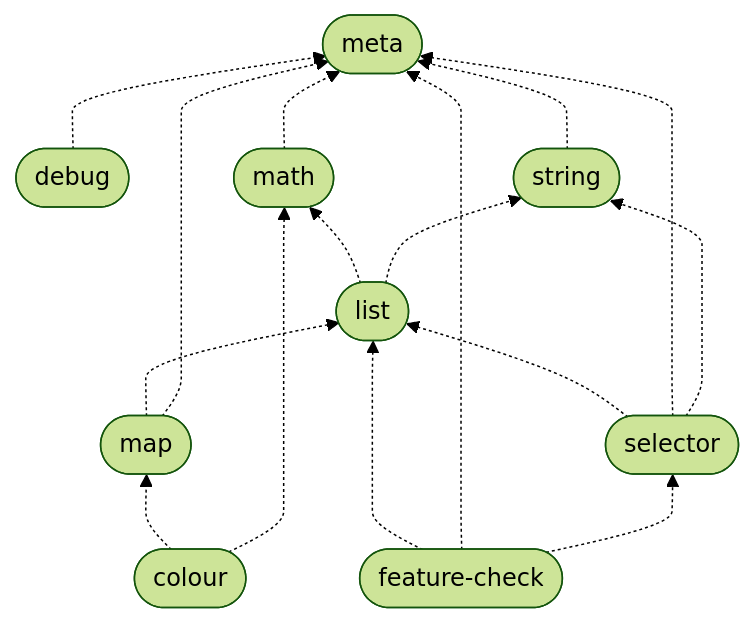
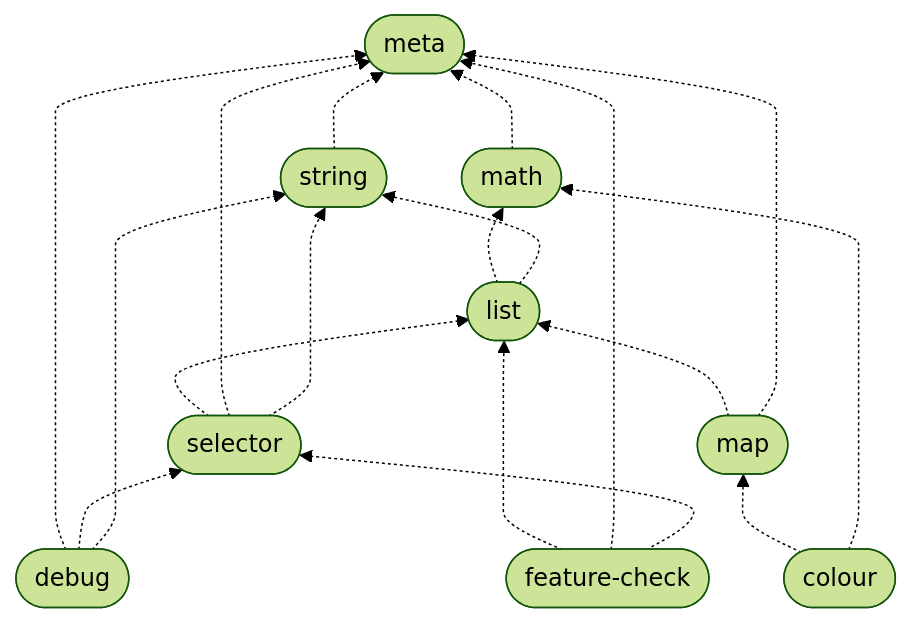
The diagram in dist/scss/modules/dependencies.mmd (maddimathon/utility-sass), drawn with Mermaid (forest theme) before and after one commit. The commit also changed 135 other files, not shown here.

```diff
--- a/dist/scss/modules/dependencies.mmd
+++ b/dist/scss/modules/dependencies.mmd
@@ -1,25 +1,25 @@
 ---
 config:
   flowchart:
     curve: monotoneY
 ---
 flowchart BT
 	Colour([colour])
 	Debug([debug])
 	FeatureCheck([feature-check])
 	List([list])
 	Map([map])
 	Math([math])
 	Meta([meta])
 	Selector([selector])
 	String([string])
 
     %% from dependents to their dependencies
-    Debug -.-> Meta
     String -.-> Meta
     Math -.-> Meta
     List -.-> Math & String
     Map -.-> List & Meta
     Colour -.-> Map & Math
     Selector -.-> List & Meta & String
+    Debug -.-> Meta & Selector & String
     FeatureCheck -.-> List & Meta & Selector
```
